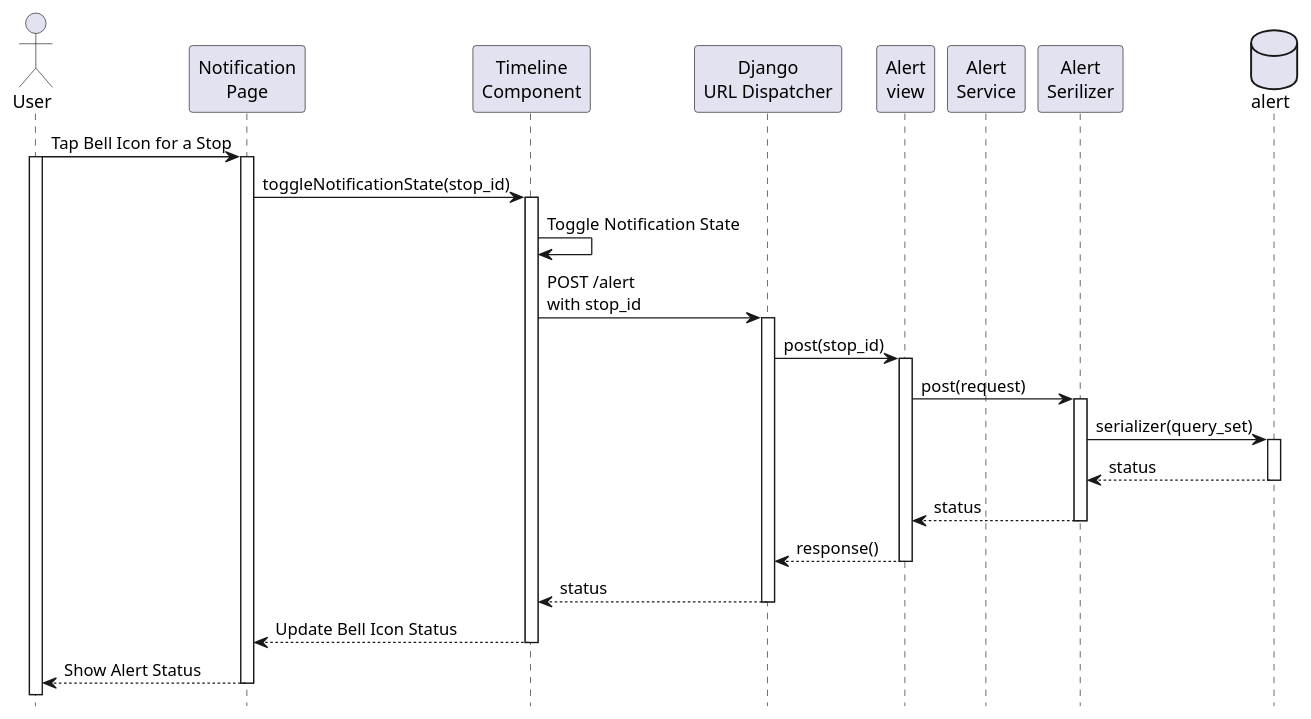
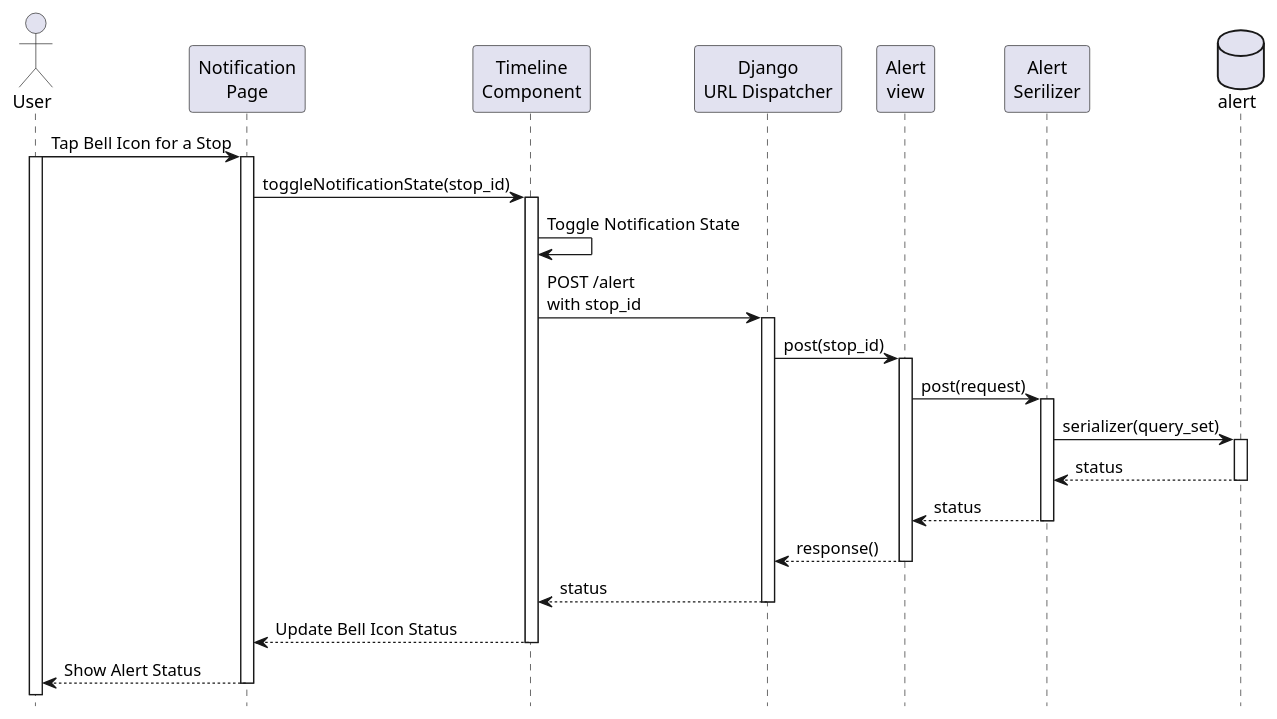
Before and after one commit to KMITL-BusBuddy/diagram: the diagram in notification/notification_route_page.puml, drawn with PlantUML. The commit also changed 8 other files, not shown here.

Commit message:
modular diagram

```diff
--- a/notification/notification_route_page.puml
+++ b/notification/notification_route_page.puml
@@ -1,86 +1,86 @@
 @startuml noficition_route_page
 
 hide footbox
 
 actor User
 participant "Notification\nPage" as UI
 ' participant "Notification Route\nPage" as RouteUI
 participant "Timeline\nComponent" as Timeline
 
 participant "Django\nURL Dispatcher" as API
 participant "Alert\nview" as view
-participant "Alert\nService" as service
+' participant "Alert\nService" as service
 participant "Alert\nSerilizer" as serializer
 database "alert" as table
 
 ' Dupiclate of notification_screen.puml
 ' == Load Notifications ==
 ' User -> UI: Open Notification Page
 ' activate User
 ' activate UI
 ' UI -> API: GET /alert \nwith user_id
 ' activate API
 
 ' ' API Call
 ' API -> view: get(user_id)
 ' activate view
 ' view -> service: get(user_id)
 ' activate service
 ' service -> serializer: get(request)
 ' activate serializer
 ' serializer -> table: serializer(query_set)
 ' activate table
 ' table --> serializer: alerts_data
 ' deactivate table
 ' serializer --> service: alerts_data
 ' deactivate serializer
 ' service --> view: alerts_data
 ' deactivate service
 ' view --> API: response()
 ' deactivate view
 
 ' ' Display Notifications
 ' API -> UI: Return notifications list
 ' ' deactivate API
 ' UI -> User: Display notifications
 
 ' Not used in this diagram
 ' == View Route Details ==
 ' User -> UI: Tap a notification
 ' UI -> RouteUI: Navigate to Notification Route Page
 ' RouteUI -> API: GET /route-details
 ' API -> API: Retrieve route details
 ' API -> RouteUI: Return route details
 ' RouteUI -> User: Display route timeline
 
 User -> UI: Tap Bell Icon for a Stop
 activate User
 activate UI
 UI -> Timeline: toggleNotificationState(stop_id)
 activate Timeline
 Timeline -> Timeline: Toggle Notification State
 Timeline -> API: POST /alert \nwith stop_id
 activate API
 
 ' API Call
 API -> view: post(stop_id)
 activate view
 view -> serializer: post(request)
 activate serializer
 serializer -> table: serializer(query_set)
 activate table
 table --> serializer: status
 deactivate table
 serializer --> view: status
 deactivate serializer
 view --> API: response()
 deactivate view
 API --> Timeline: status
 deactivate API
 
 Timeline --> UI: Update Bell Icon Status
 deactivate Timeline
 UI --> User: Show Alert Status
 deactivate UI
 
 @enduml
```
